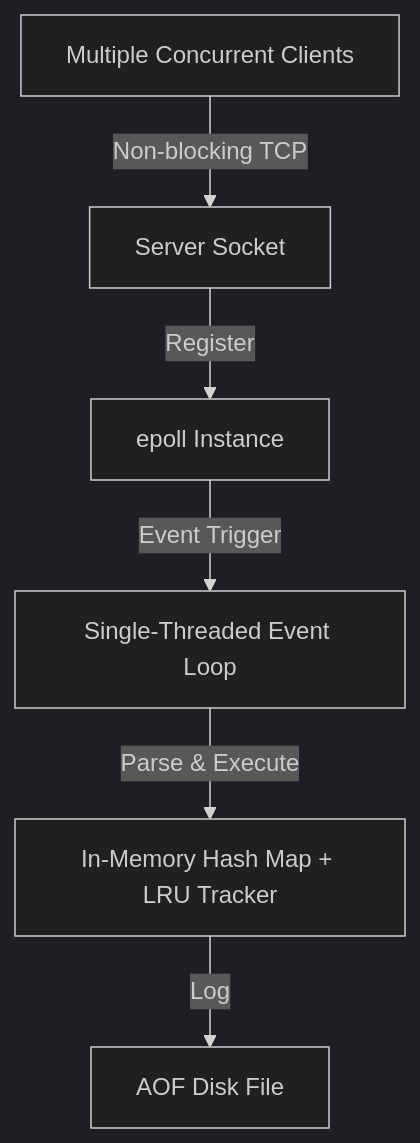
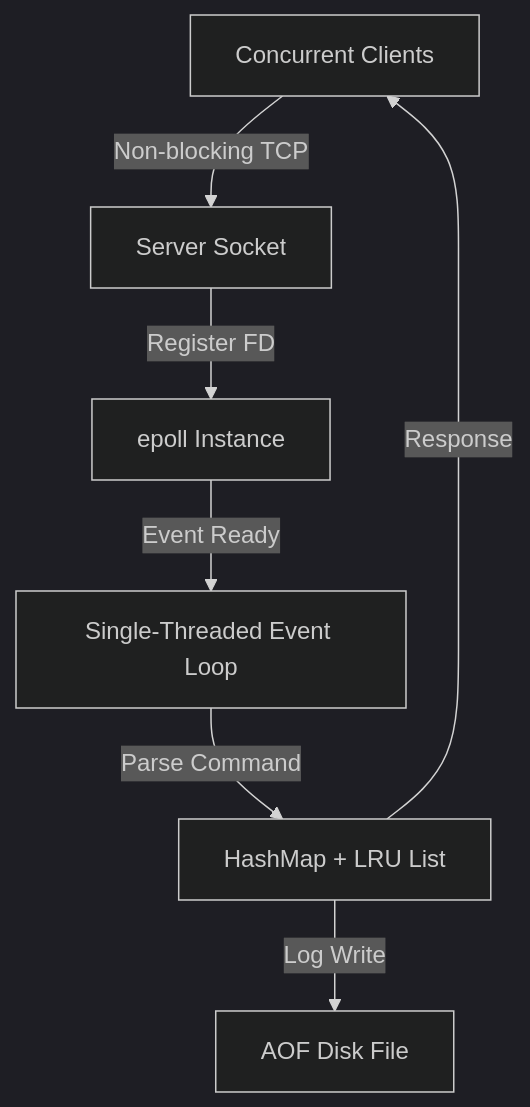
Before and after one commit to Rajneeshsharma125/atomickv: the diagram in readme.md, drawn with Mermaid (dark theme). The commit also changed other lines of this file, not shown here.

````diff
--- a/readme.md
+++ b/readme.md
@@ -34,8 +59,9 @@
 ```mermaid
 graph TD
-    Client[Multiple Concurrent Clients] -->|Non-blocking TCP| Server[Server Socket]
-    Server -->|Register| Epoll[epoll Instance]
-    Epoll -->|Event Trigger | Loop[Single-Threaded Event Loop]
-    Loop -->|Parse & Execute| KVStore[In-Memory Hash Map + LRU Tracker]
-    KVStore -->|Log| AOF[AOF Disk File]
+    Client[Concurrent Clients] -->|Non-blocking TCP| Server[Server Socket]
+    Server -->|Register FD| Epoll[epoll Instance]
+    Epoll -->|Event Ready| Loop[Single-Threaded Event Loop]
+    Loop -->|Parse Command| KVStore[HashMap + LRU List]
+    KVStore -->|Log Write| AOF[AOF Disk File]
+    KVStore -->|Response| Client
 ```
````
